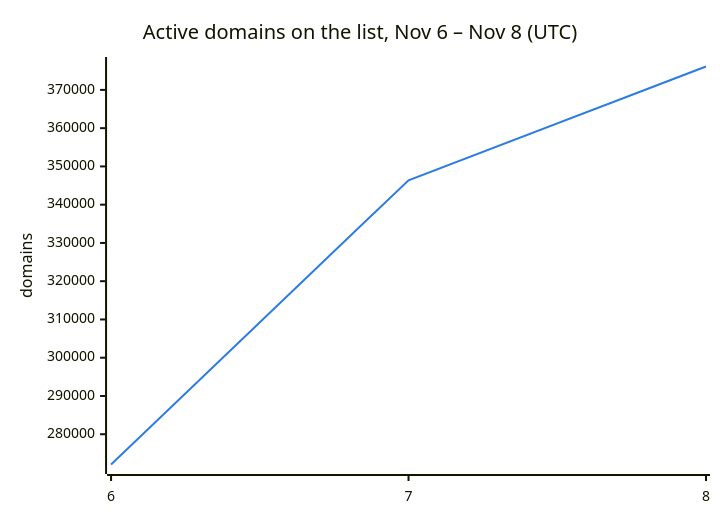
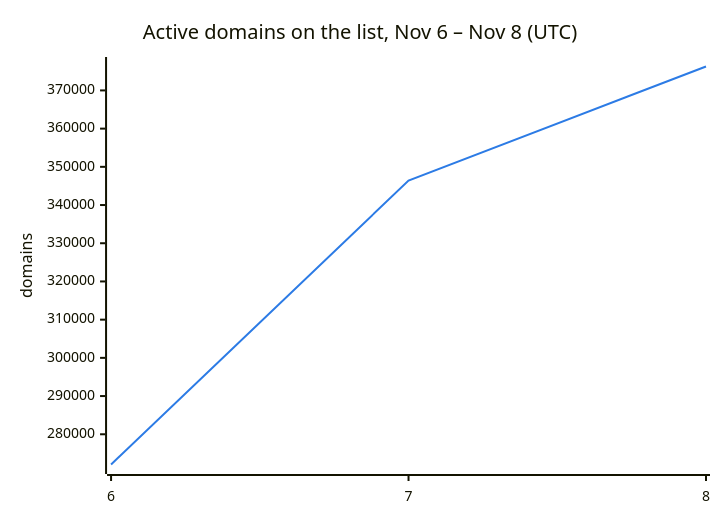
The second of 3 diagrams in README.md (DNSBunker/CTI), drawn with Mermaid before and after one commit. The commit also changed other lines of this file and 3 other files, not shown here.

````diff
--- a/README.md
+++ b/README.md
@@ -38,8 +38,8 @@
 ```mermaid
 %%{init: {"themeVariables": {"xyChart": {"plotColorPalette": "#2c7be5"}}}}%%
 xychart-beta
     title "Active domains on the list, Nov 6 – Nov 8 (UTC)"
     x-axis ["6", "7", "8"]
     y-axis "domains"
-    line [272088, 346388, 376118]
+    line [272088, 346388, 376259]
 ```
````
